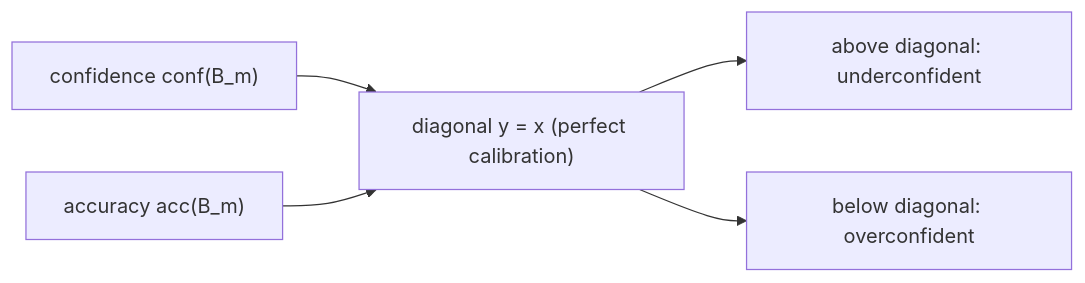
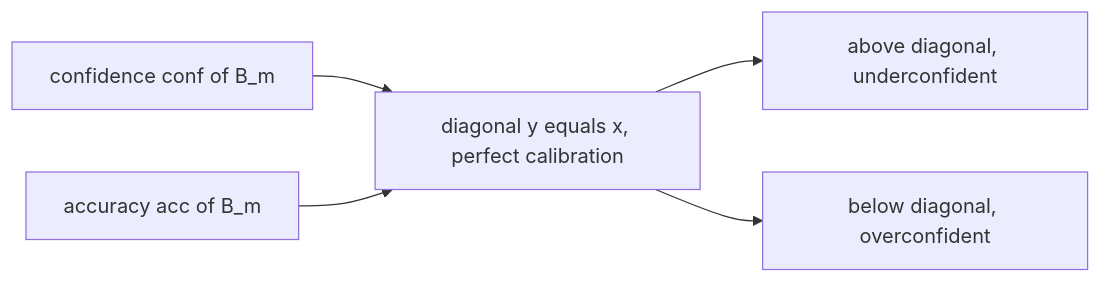
One commit to mikenguyen13/ai_in_action changed the first of 2 diagrams in 161-calibration-metrics.qmd. Above: the diagram before and after it, drawn with Mermaid. The commit also changed other lines of this file and 52 other files, not shown here.

Commit message:
Fix Mermaid rendering in 22 chapters: remove ampersands and br tags from node labels, move detail to tables

````diff
--- a/161-calibration-metrics.qmd
+++ b/161-calibration-metrics.qmd
@@ -45,7 +45,7 @@
 ```{mermaid}
 flowchart LR
-    C["confidence conf(B_m)"] --> D["diagonal y = x (perfect calibration)"]
-    A["accuracy acc(B_m)"] --> D
-    D --> U["above diagonal: underconfident"]
-    D --> O["below diagonal: overconfident"]
+    C["confidence conf of B_m"] --> D["diagonal y equals x, perfect calibration"]
+    A["accuracy acc of B_m"] --> D
+    D --> U["above diagonal, underconfident"]
+    D --> O["below diagonal, overconfident"]
 ```
````
